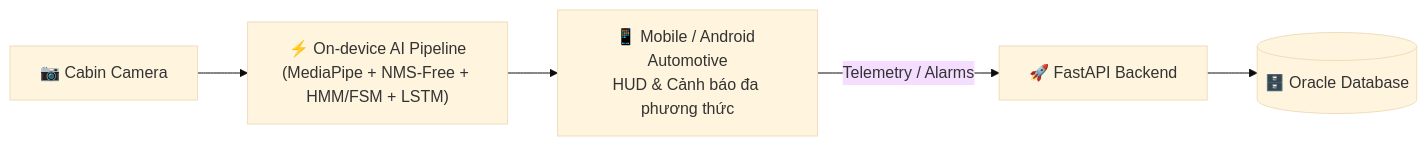
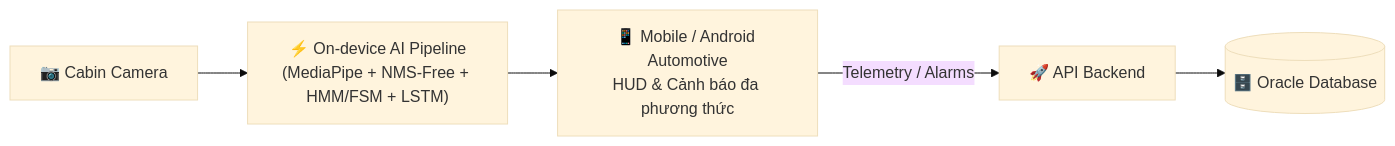
Before and after one commit to minh4bys2-non/driver-guardian: the first of 2 diagrams in README.md, drawn with Mermaid (base theme). The commit also changed other lines of this file, not shown here.

````diff
--- a/README.md
+++ b/README.md
@@ -31,7 +31,7 @@
 ```mermaid
 flowchart LR
     Camera["📷 Cabin Camera"] --> EdgeAI["⚡ On-device AI Pipeline<br/>(MediaPipe + NMS-Free + HMM/FSM + LSTM)"]
     EdgeAI --> App["📱 Mobile / Android Automotive<br/>HUD & Cảnh báo đa phương thức"]
-    App -- Telemetry / Alarms --> Backend["🚀 FastAPI Backend"]
+    App -- Telemetry / Alarms --> Backend["🚀 API Backend"]
     Backend --> DB[("🗄️ Oracle Database")]
 ```
````
